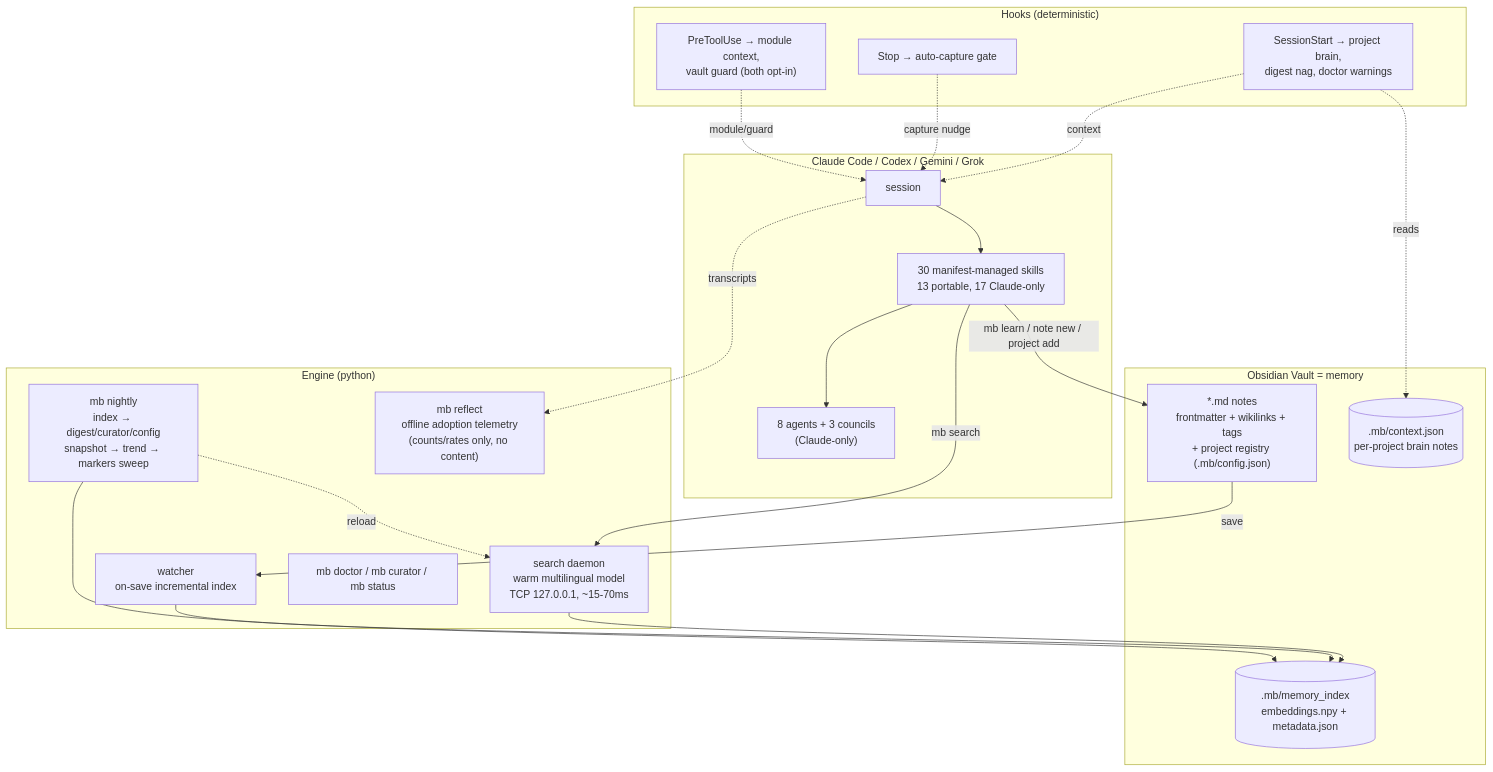
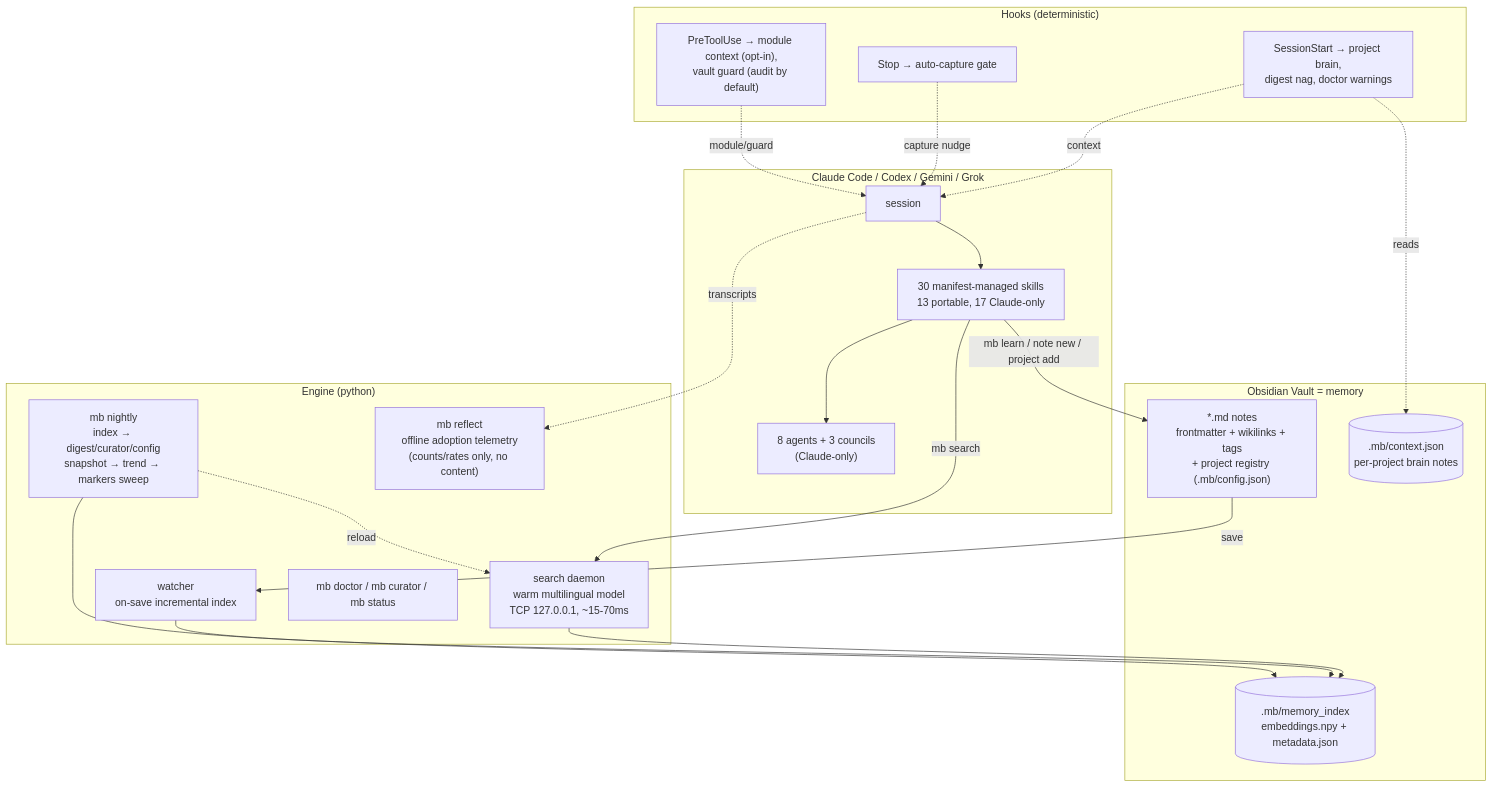
Before and after one commit to Kostik2702/singularity: the diagram in README.md, drawn with Mermaid. The commit also changed other lines of this file and 7 other files, not shown here.

````diff
--- a/README.md
+++ b/README.md
@@ -32,37 +32,37 @@
 ```mermaid
 graph TB
     subgraph CC["Claude Code / Codex / Gemini / Grok"]
         MAIN["session"]
         SK["30 manifest-managed skills<br/>13 portable, 17 Claude-only"]
         AG["8 agents + 3 councils<br/>(Claude-only)"]
     end
     subgraph HOOKS["Hooks (deterministic)"]
         H1["SessionStart → project brain,<br/>digest nag, doctor warnings"]
         H2["Stop → auto-capture gate"]
-        H3["PreToolUse → module context,<br/>vault guard (both opt-in)"]
+        H3["PreToolUse → module context (opt-in),<br/>vault guard (audit by default)"]
     end
     subgraph ENGINE["Engine (python)"]
         D["search daemon<br/>warm multilingual model<br/>TCP 127.0.0.1, ~15-70ms"]
         W["watcher<br/>on-save incremental index"]
         NI["mb nightly<br/>index → digest/curator/config<br/>snapshot → trend → markers sweep"]
         DR["mb doctor / mb curator / mb status"]
         RF["mb reflect<br/>offline adoption telemetry<br/>(counts/rates only, no content)"]
     end
     subgraph VAULT["Obsidian Vault = memory"]
         NOTES["*.md notes<br/>frontmatter + wikilinks + tags<br/>+ project registry (.mb/config.json)"]
         IDX[(".mb/memory_index<br/>embeddings.npy + metadata.json")]
         CTX[(".mb/context.json<br/>per-project brain notes")]
     end
 
     H1 -.context.-> MAIN
     H2 -.capture nudge.-> MAIN
     H3 -.module/guard.-> MAIN
     MAIN --> SK --> AG
     SK -- "mb search" --> D --> IDX
     SK -- "mb learn / note new / project add" --> NOTES
     NOTES -- save --> W --> IDX
     NI --> IDX
     NI -.reload.-> D
     H1 -.reads.-> CTX
     MAIN -.transcripts.-> RF
 ```
````
